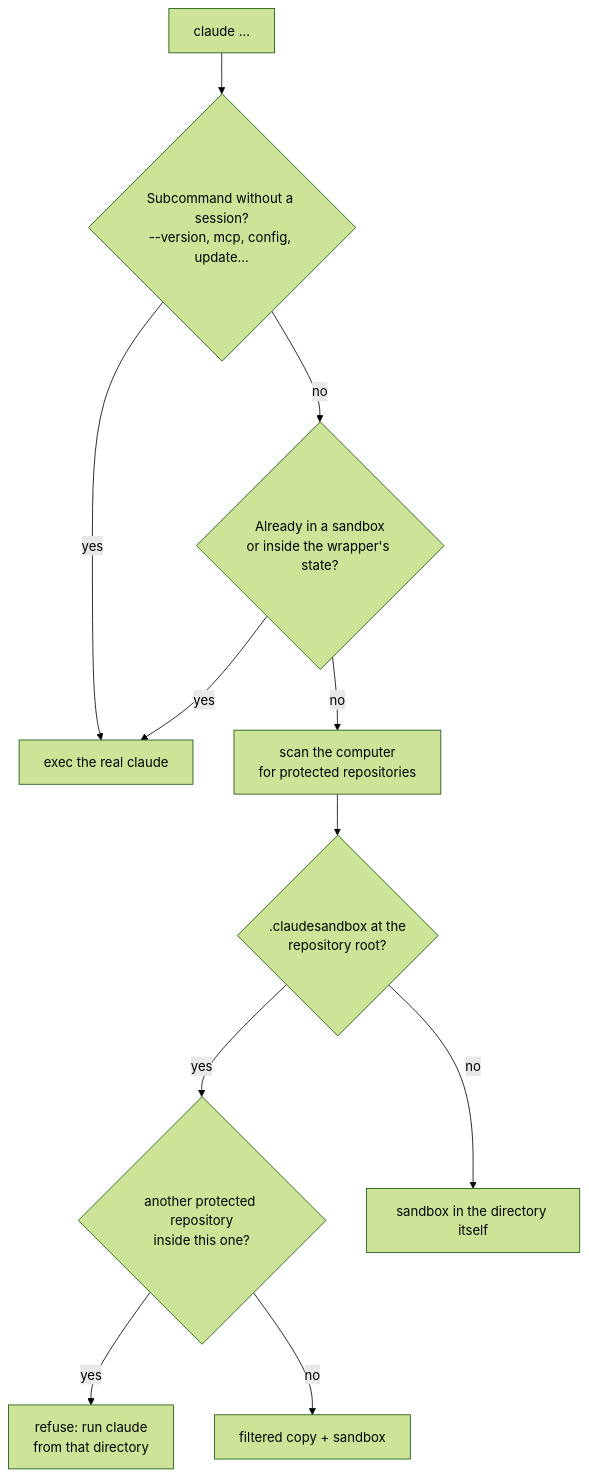
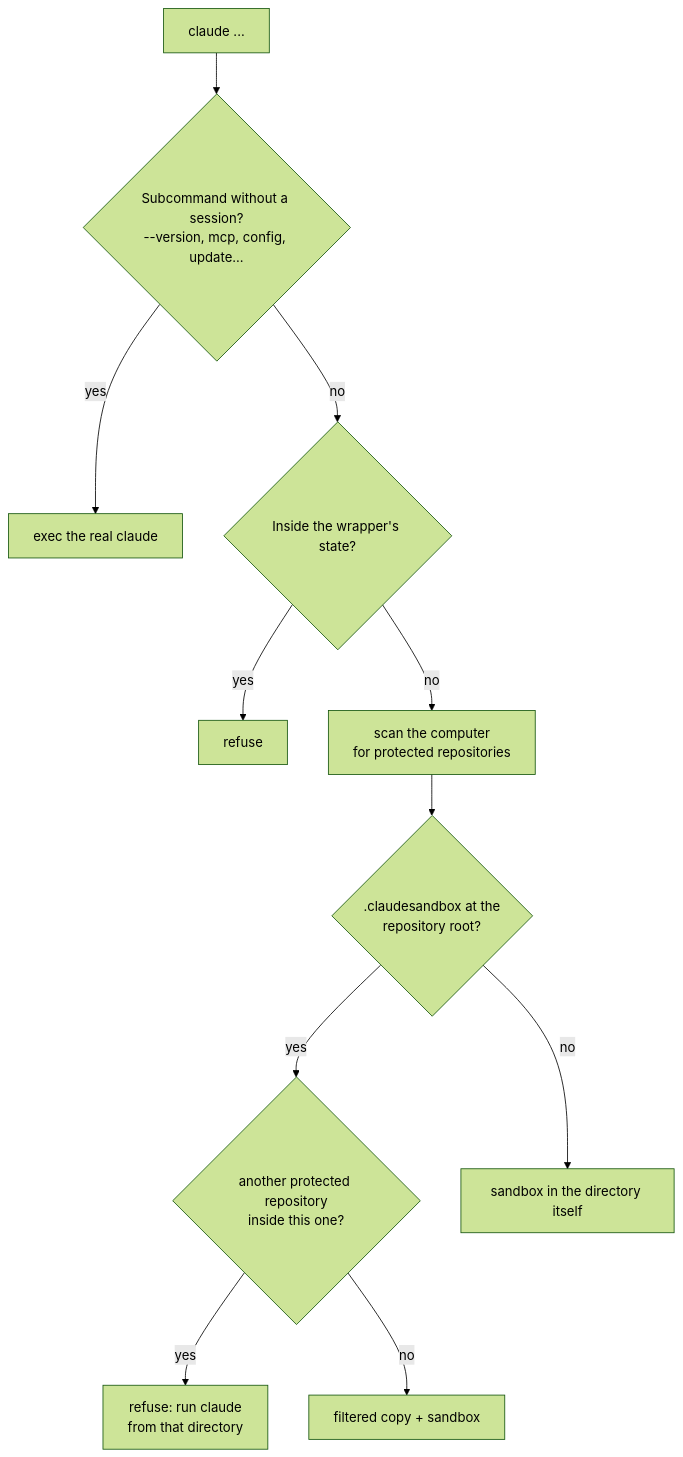
Before and after one commit to Lenstra/claude-secure-sandbox: the second of 4 diagrams in docs/ARCHITECTURE.md, drawn with Mermaid (forest theme). The commit also changed other lines of this file and 8 other files, not shown here.

````diff
--- a/docs/ARCHITECTURE.md
+++ b/docs/ARCHITECTURE.md
@@ -115,13 +115,13 @@
 ```mermaid
 flowchart TD
   start["claude ..."] --> sub{"Subcommand without a session?<br/>--version, mcp, config, update..."}
   sub -- yes --> real["exec the real claude"]
-  sub -- no --> inside{"Already in a sandbox<br/>or inside the wrapper's state?"}
-  inside -- yes --> real
+  sub -- no --> inside{"Inside the wrapper's state?"}
+  inside -- yes --> refuse_state["refuse"]
   inside -- no --> scan["scan the computer<br/>for protected repositories"]
   scan --> root{".claudesandbox at the<br/>repository root?"}
   root -- yes --> nested{"another protected repository<br/>inside this one?"}
   nested -- yes --> refuse["refuse: run claude<br/>from that directory"]
   nested -- no --> protected["filtered copy + sandbox"]
   root -- no --> directory["sandbox in the directory itself"]
 ```
````
